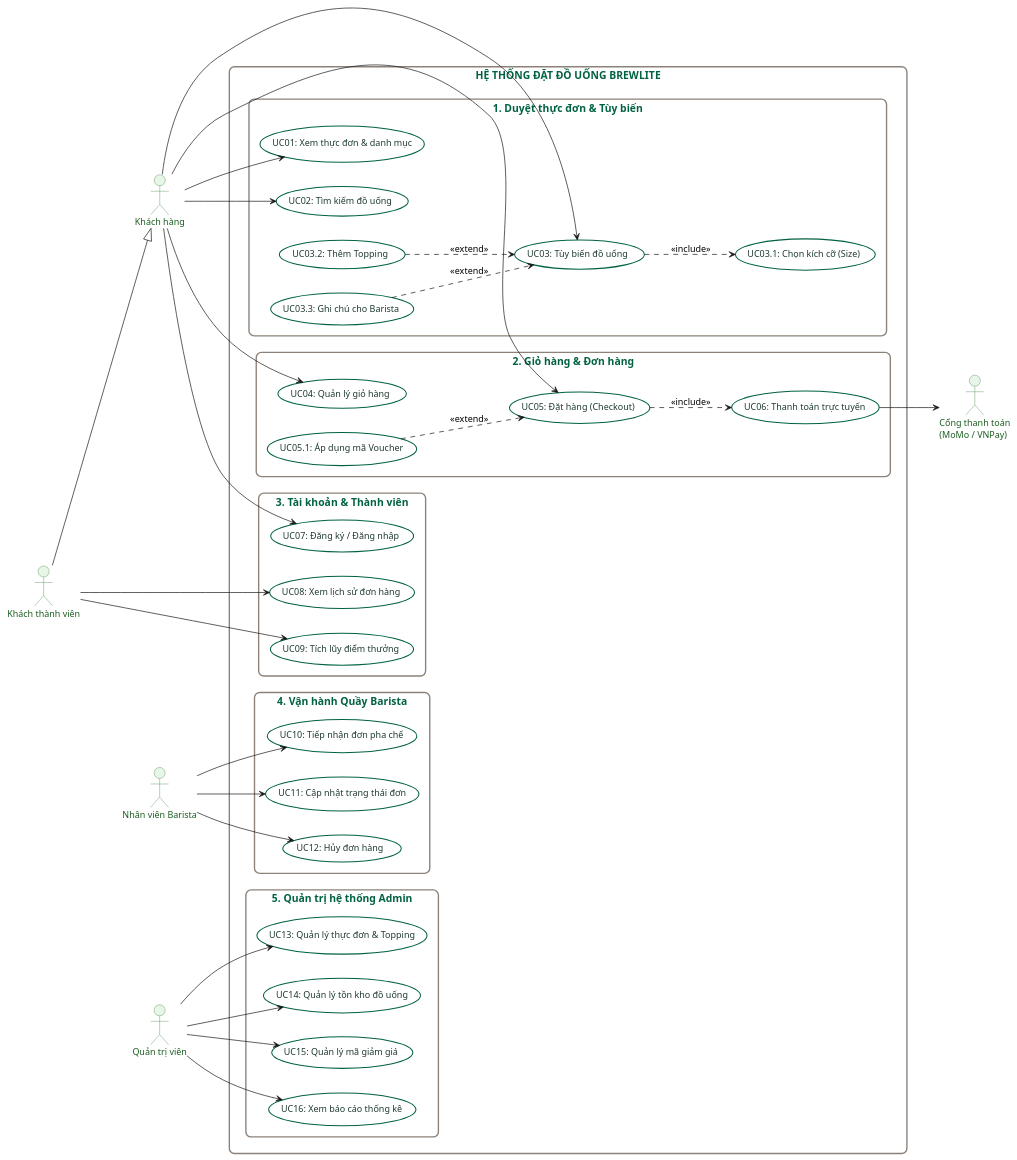
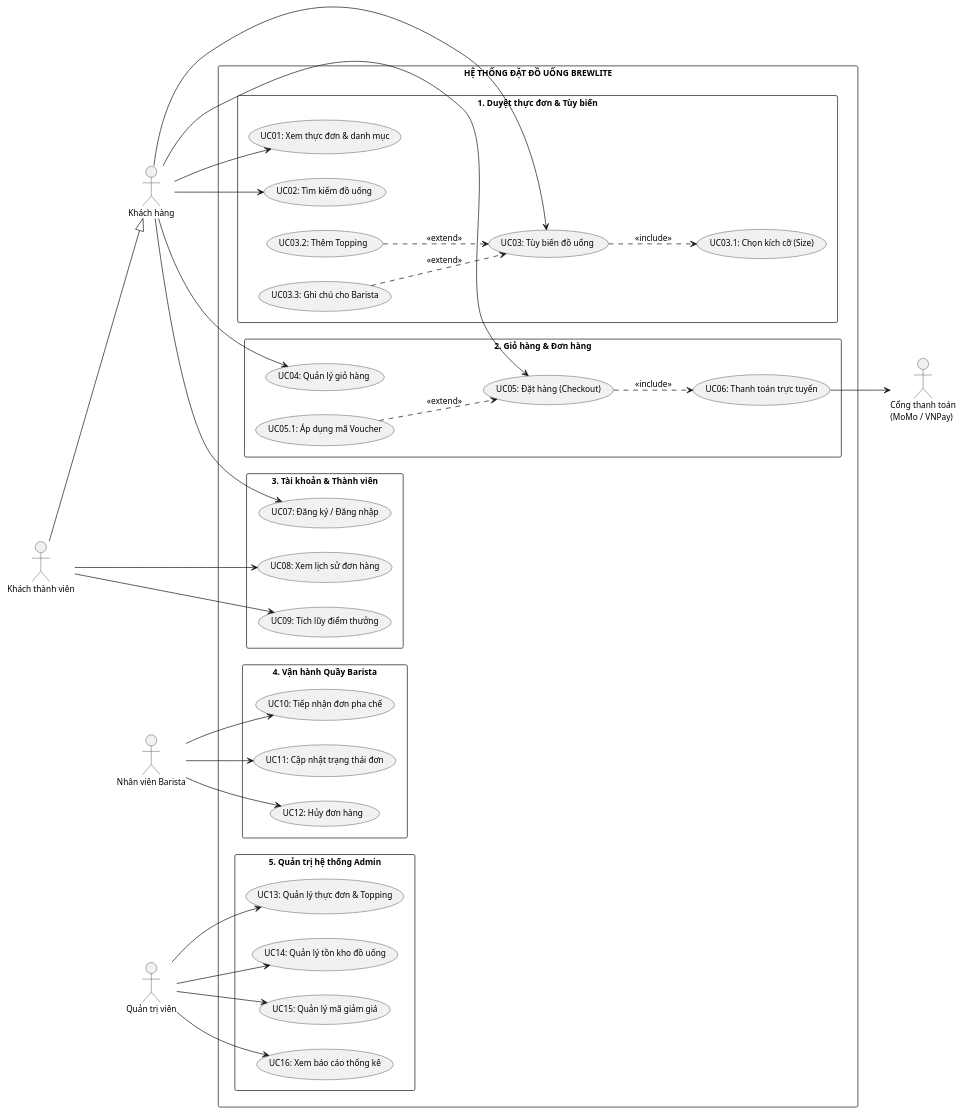
The diagram in docs/diagrams/use-case/use-case-system.puml (nphat-code/swe-project), drawn with PlantUML before and after one commit. The commit also changed 1 other file, not shown here.

Commit message:
docs(diagrams): convert use case diagrams to clean monochrome academic styling

```diff
--- a/docs/diagrams/use-case/use-case-system.puml
+++ b/docs/diagrams/use-case/use-case-system.puml
@@ -1,113 +1,80 @@
 @startuml
 left to right direction
-skinparam packageStyle rectangle
+skinparam monochrome true
 skinparam shadowing false
 skinparam defaultFontName "Arial"
-skinparam roundcorner 15
-
-skinparam usecase {
-    BackgroundColor #ffffff
-    BorderColor #006241
-    BorderThickness 1.5
-    FontColor #1e3932
-    FontSize 13
-}
-
-skinparam actor {
-    BackgroundColor #e8f5e9
-    BorderColor #2e7d32
-    FontColor #1b5e20
-    FontSize 13
-    FontWeight bold
-}
-
-skinparam rectangle {
-    BackgroundColor #fcfbf9
-    BorderColor #006241
-    BorderThickness 2
-    FontColor #006241
-    FontSize 15
-    FontWeight bold
-}
-
-skinparam package {
-    BackgroundColor #ffffff
-    BorderColor #8c827a
-    BorderThickness 1
-    FontColor #595959
-    FontSize 12
-    FontWeight bold
-}
+skinparam defaultFontSize 12
+skinparam packageStyle rectangle
 
 actor "Khách hàng" as Customer
 actor "Khách thành viên" as Member
 actor "Nhân viên Barista" as Barista
 actor "Quản trị viên" as Admin
 actor "Cổng thanh toán\n(MoMo / VNPay)" as PaymentGW
 
 Member --|> Customer
 
 rectangle "HỆ THỐNG ĐẶT ĐỒ UỐNG BREWLITE" {
     package "1. Duyệt thực đơn & Tùy biến" {
         usecase "UC01: Xem thực đơn & danh mục" as UC1
         usecase "UC02: Tìm kiếm đồ uống" as UC2
         usecase "UC03: Tùy biến đồ uống" as UC3
         usecase "UC03.1: Chọn kích cỡ (Size)" as UC3_1
         usecase "UC03.2: Thêm Topping" as UC3_2
         usecase "UC03.3: Ghi chú cho Barista" as UC3_3
     }
 
     package "2. Giỏ hàng & Đơn hàng" {
         usecase "UC04: Quản lý giỏ hàng" as UC4
         usecase "UC05: Đặt hàng (Checkout)" as UC5
         usecase "UC05.1: Áp dụng mã Voucher" as UC5_1
         usecase "UC06: Thanh toán trực tuyến" as UC6
     }
 
     package "3. Tài khoản & Thành viên" {
         usecase "UC07: Đăng ký / Đăng nhập" as UC7
         usecase "UC08: Xem lịch sử đơn hàng" as UC8
         usecase "UC09: Tích lũy điểm thưởng" as UC9
     }
 
     package "4. Vận hành Quầy Barista" {
         usecase "UC10: Tiếp nhận đơn pha chế" as UC10
         usecase "UC11: Cập nhật trạng thái đơn" as UC11
         usecase "UC12: Hủy đơn hàng" as UC12
     }
 
     package "5. Quản trị hệ thống Admin" {
         usecase "UC13: Quản lý thực đơn & Topping" as UC13
         usecase "UC14: Quản lý tồn kho đồ uống" as UC14
         usecase "UC15: Quản lý mã giảm giá" as UC15
         usecase "UC16: Xem báo cáo thống kê" as UC16
     }
 }
 
 Customer --> UC1
 Customer --> UC2
 Customer --> UC3
 Customer --> UC4
 Customer --> UC5
 Customer --> UC7
 
 Member --> UC8
 Member --> UC9
 
 UC3 ..> UC3_1 : <<include>>
 UC3_2 ..> UC3 : <<extend>>
 UC3_3 ..> UC3 : <<extend>>
 
 UC5 ..> UC6 : <<include>>
 UC5_1 ..> UC5 : <<extend>>
 UC6 --> PaymentGW
 
 Barista --> UC10
 Barista --> UC11
 Barista --> UC12
 
 Admin --> UC13
 Admin --> UC14
 Admin --> UC15
 Admin --> UC16
 @enduml
```
